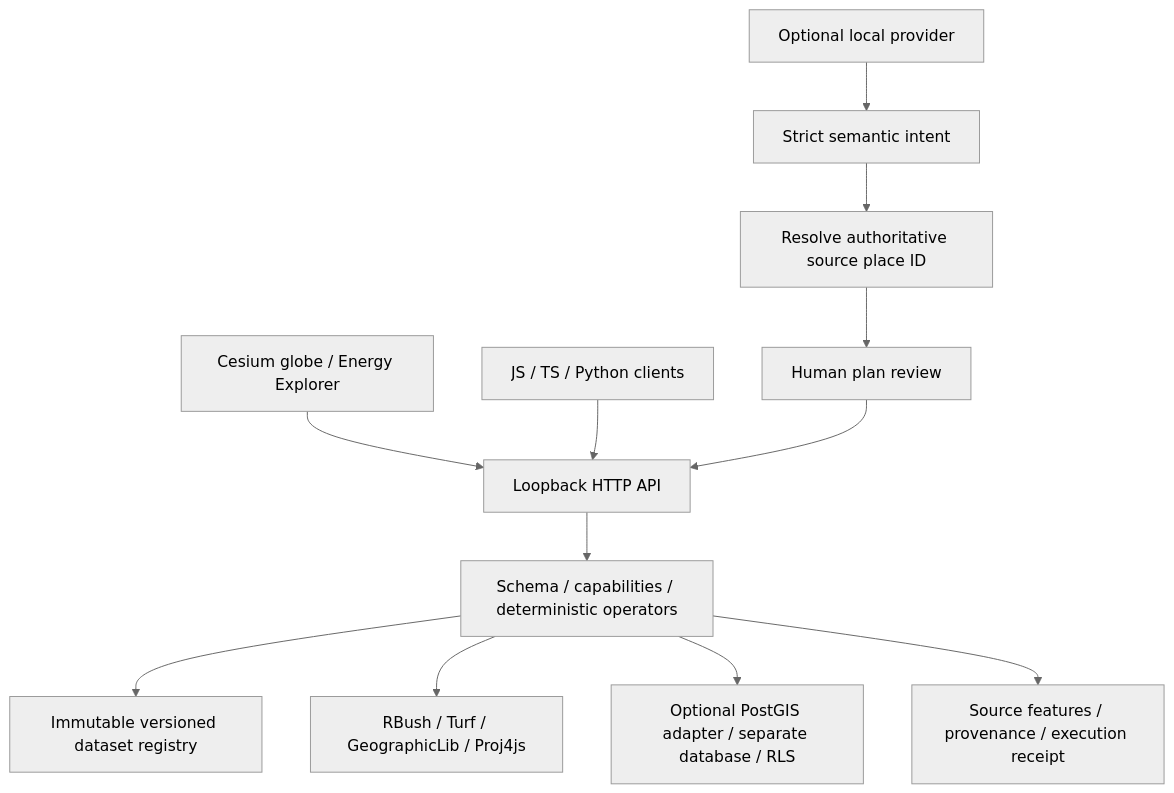
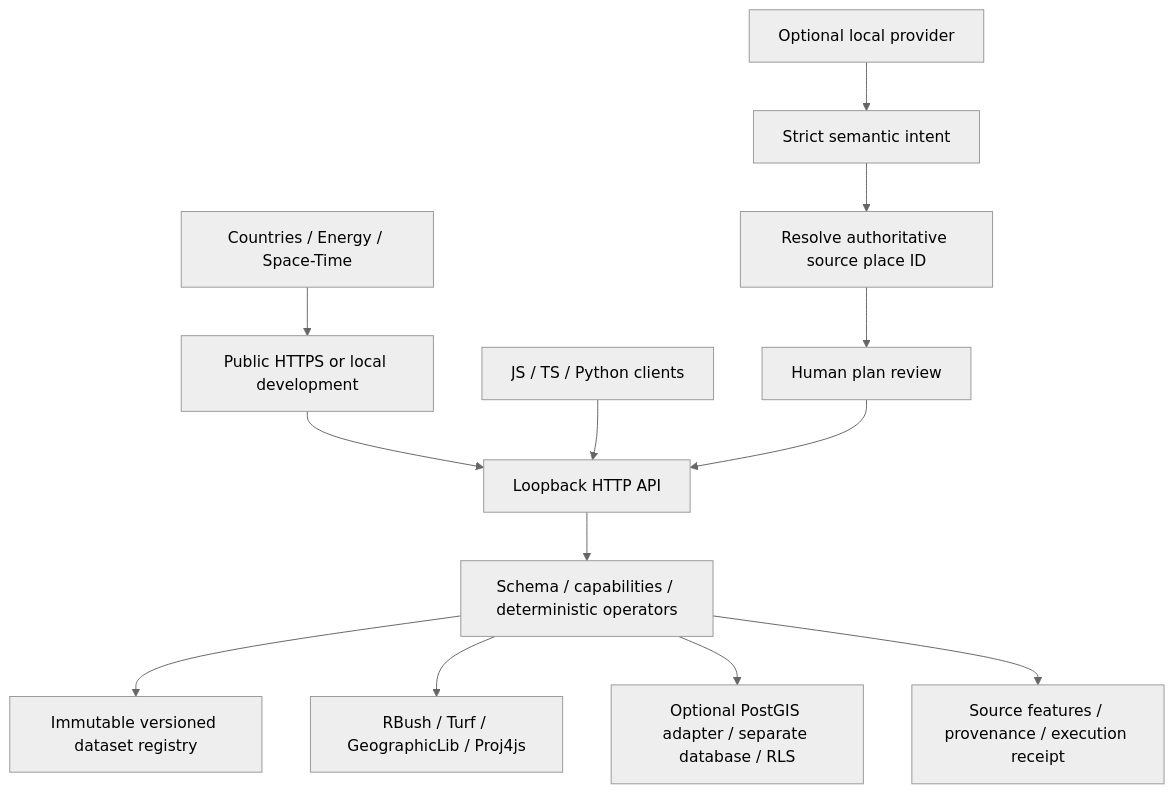
One commit to finalverse/earth-web changed the diagram in docs/earth/architecture.md. Above: the diagram before and after it, drawn with Mermaid (neutral theme). The commit also changed other lines of this file and 2 other files, not shown here.

Commit message:
docs(earth): align architecture and security with the public preview

````diff
--- a/docs/earth/architecture.md
+++ b/docs/earth/architecture.md
@@ -5,14 +5,15 @@
 ```mermaid
 flowchart TD
-  Browser[Cesium globe / Energy Explorer] --> HTTP[Loopback HTTP API]
+  Browser[Countries / Energy / Space-Time] --> Edge[Public HTTPS or local development]
+  Edge --> HTTP[Loopback HTTP API]
   SDK[JS / TS / Python clients] --> HTTP
   LLM[Optional local provider] --> Intent[Strict semantic intent]
   Intent --> Resolve[Resolve authoritative source place ID]
   Resolve --> Review[Human plan review]
   Review --> HTTP
   HTTP --> Core[Schema / capabilities / deterministic operators]
   Core --> Registry[Immutable versioned dataset registry]
   Core --> Embedded[RBush / Turf / GeographicLib / Proj4js]
   Core --> DB[Optional PostGIS adapter / separate database / RLS]
   Core --> Receipt[Source features / provenance / execution receipt]
 ```
````
